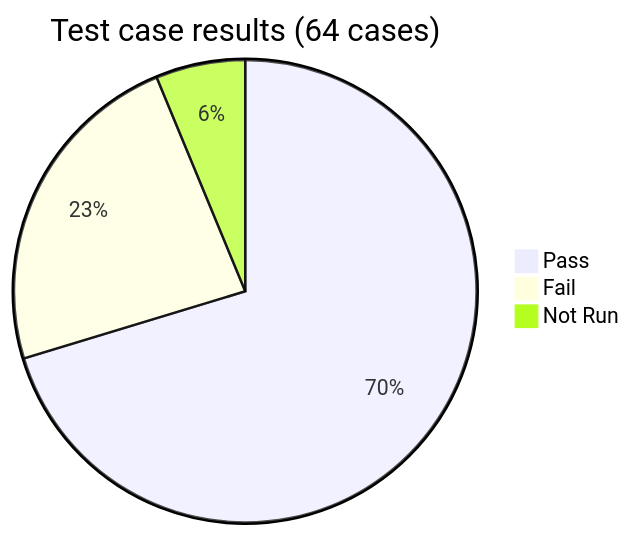
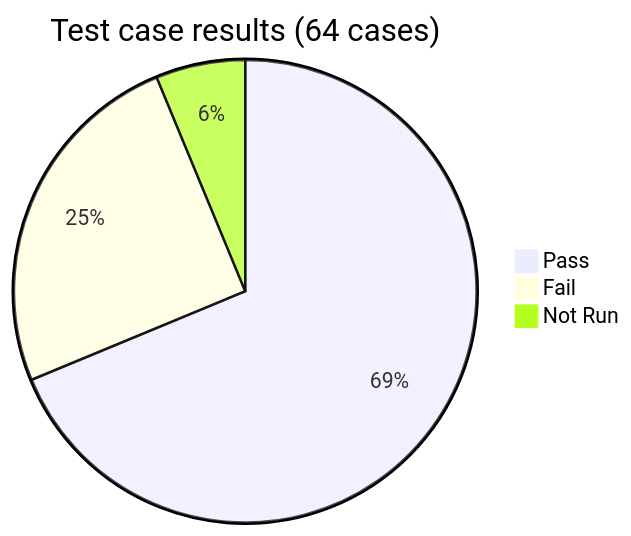
The first of 2 diagrams in manual-testing/docs/05-test-summary-report.md (jahidulislamrihan26/sqa-portfolio), drawn with Mermaid before and after one commit. The commit also changed other lines of this file and 40 other files, not shown here.

````diff
--- a/manual-testing/docs/05-test-summary-report.md
+++ b/manual-testing/docs/05-test-summary-report.md
@@ -27,6 +27,6 @@
 ```mermaid
 pie title Test case results (64 cases)
-    "Pass" : 45
-    "Fail" : 15
+    "Pass" : 44
+    "Fail" : 16
     "Not Run" : 4
 ```
````
